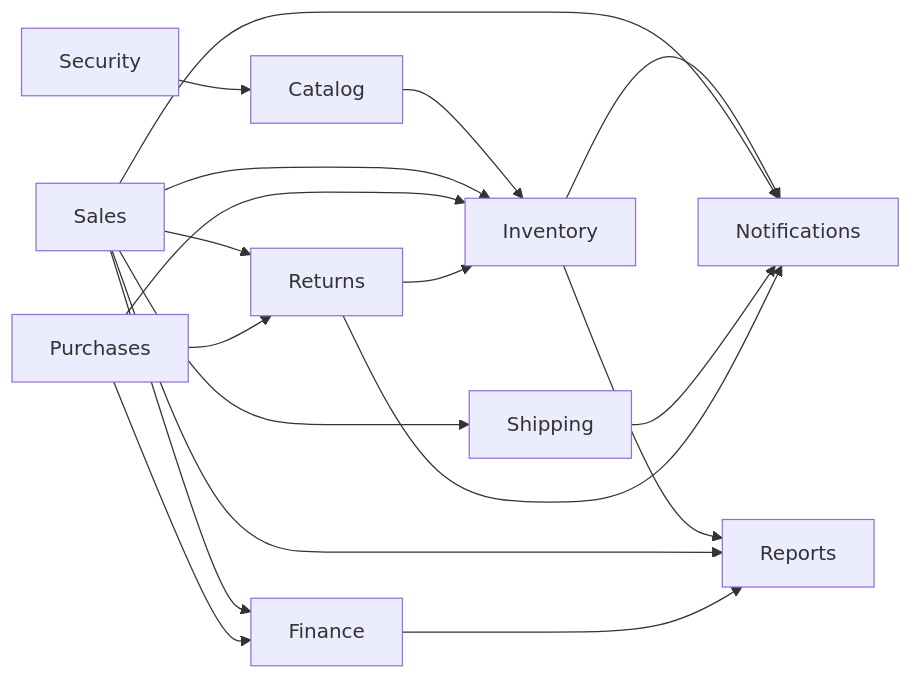
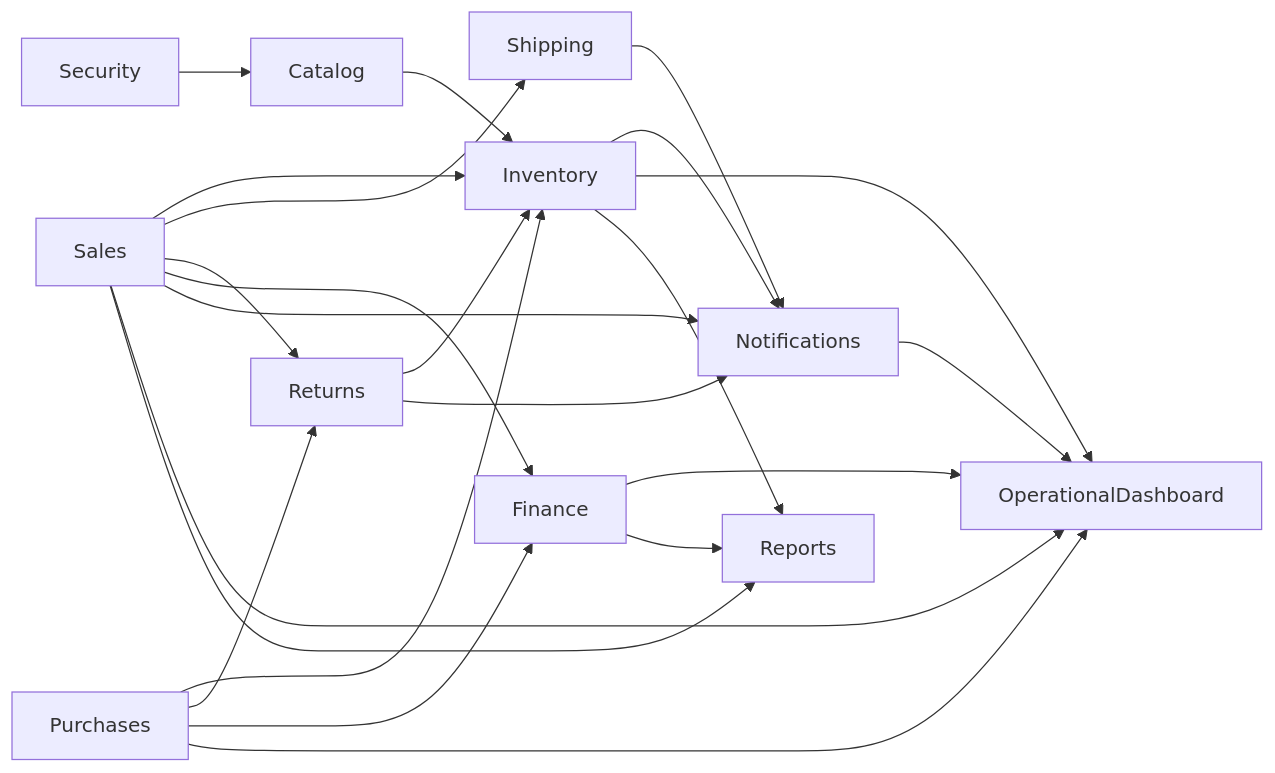
One commit to Pedrolustosa/InventoryOrderManagement changed the second of 2 diagrams in docs/architecture.md. Above: the diagram before and after it, drawn with Mermaid. The commit also changed other lines of this file and 7 other files, not shown here.

````diff
--- a/docs/architecture.md
+++ b/docs/architecture.md
@@ -64,31 +64,37 @@
 ```mermaid
 flowchart LR
     Catalog[Catalog]
     Stock[Inventory]
     Sales[Sales]
     Purchases[Purchases]
     Ship[Shipping]
     Returns[Returns]
     Fin[Finance]
     Sec[Security]
     Notif[Notifications]
+    Dash[OperationalDashboard]
     Rep[Reports]
 
     Catalog --> Stock
     Sales --> Stock
     Purchases --> Stock
     Sales --> Ship
     Sales --> Returns
     Purchases --> Returns
     Sales --> Fin
     Purchases --> Fin
     Returns --> Stock
     Stock --> Notif
     Sales --> Notif
     Ship --> Notif
     Returns --> Notif
+    Stock --> Dash
+    Sales --> Dash
+    Purchases --> Dash
+    Fin --> Dash
+    Notif --> Dash
     Stock --> Rep
     Sales --> Rep
     Fin --> Rep
     Sec --> Catalog
 ```
````
